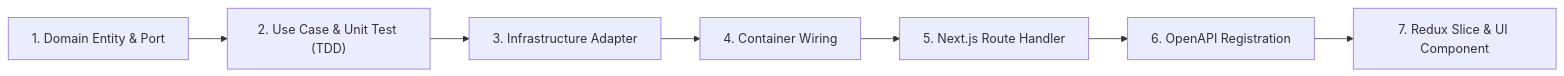
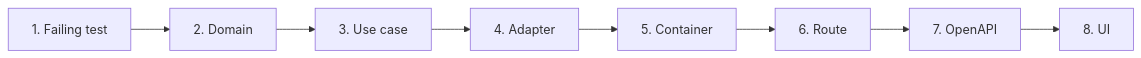
One commit to SinevaSolution/sineva-platform changed the diagram in docs/development/feature_development_workflow.md. Above: the diagram before and after it, drawn with Mermaid. The commit also changed other lines of this file and 74 other files, not shown here.

````diff
--- a/docs/development/feature_development_workflow.md
+++ b/docs/development/feature_development_workflow.md
@@ -24,9 +53,10 @@
 ```mermaid
 flowchart LR
-    S1["1. Domain Entity & Port"] --> S2["2. Use Case & Unit Test (TDD)"]
-    S2 --> S3["3. Infrastructure Adapter"]
-    S3 --> S4["4. Container Wiring"]
-    S4 --> S5["5. Next.js Route Handler"]
-    S5 --> S6["6. OpenAPI Registration"]
-    S6 --> S7["7. Redux Slice & UI Component"]
+    T["1. Failing test"] --> D["2. Domain"]
+    D --> A["3. Use case"]
+    A --> I["4. Adapter"]
+    I --> C["5. Container"]
+    C --> R["6. Route"]
+    R --> O["7. OpenAPI"]
+    O --> U["8. UI"]
 ```
````
